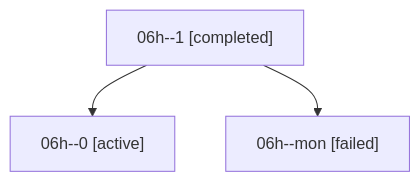
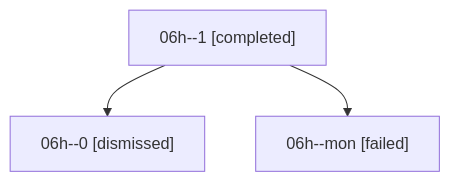
The diagram in sessions/bbugyi200.athena.06h.md (sase-org/sase--agents), drawn with Mermaid before and after one commit. The commit also changed other lines of this file and 38 other files, not shown here.

````diff
--- a/sessions/bbugyi200.athena.06h.md
+++ b/sessions/bbugyi200.athena.06h.md
@@ -9,8 +9,8 @@
 ```mermaid
 flowchart TD
   n0["06h--1 [completed]"]
-  n1["06h--0 [active]"]
+  n1["06h--0 [dismissed]"]
   n0 --> n1
   n2["06h--mon [failed]"]
   n0 --> n2
 ```
````
